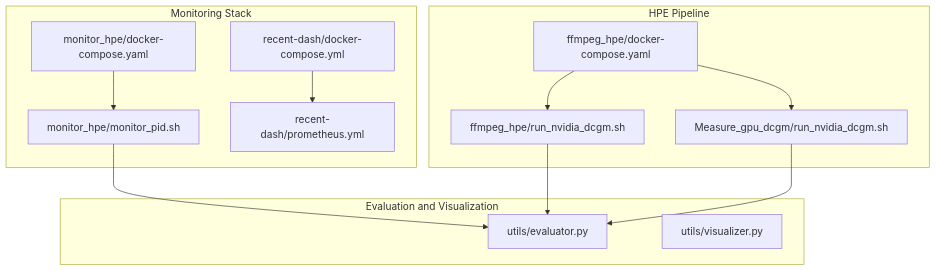
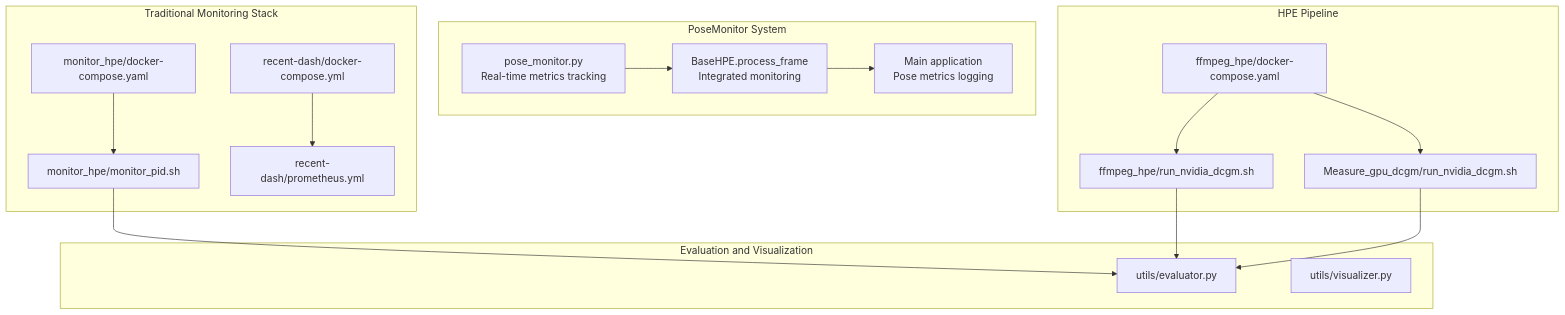
The first of 9 diagrams in .qoder/repowiki/en/content/Monitoring and Analytics/Monitoring and Analytics.md (Fogus-Gr/MeasurementsDTs), drawn with Mermaid before and after one commit. The commit also changed other lines of this file and 8 other files, not shown here.

````diff
--- a/.qoder/repowiki/en/content/Monitoring and Analytics/Monitoring and Analytics.md
+++ b/.qoder/repowiki/en/content/Monitoring and Analytics/Monitoring and Analytics.md
@@ -47,25 +62,32 @@
 ```mermaid
 graph TB
-subgraph "Monitoring Stack"
-A["monitor_hpe/monitor_pid.sh"]
-B["monitor_hpe/docker-compose.yaml"]
-C["recent-dash/prometheus.yml"]
-D["recent-dash/docker-compose.yml"]
+subgraph "PoseMonitor System"
+A["pose_monitor.py<br/>Real-time metrics tracking"]
+B["BaseHPE.process_frame<br/>Integrated monitoring"]
+C["Main application<br/>Pose metrics logging"]
+end
+subgraph "Traditional Monitoring Stack"
+D["monitor_hpe/monitor_pid.sh"]
+E["monitor_hpe/docker-compose.yaml"]
+F["recent-dash/prometheus.yml"]
+G["recent-dash/docker-compose.yml"]
 end
 subgraph "HPE Pipeline"
-E["ffmpeg_hpe/docker-compose.yaml"]
-F["ffmpeg_hpe/run_nvidia_dcgm.sh"]
-G["Measure_gpu_dcgm/run_nvidia_dcgm.sh"]
+H["ffmpeg_hpe/docker-compose.yaml"]
+I["ffmpeg_hpe/run_nvidia_dcgm.sh"]
+J["Measure_gpu_dcgm/run_nvidia_dcgm.sh"]
 end
 subgraph "Evaluation and Visualization"
-H["utils/evaluator.py"]
-I["utils/visualizer.py"]
+K["utils/evaluator.py"]
+L["utils/visualizer.py"]
 end
-B --> A
-D --> C
-E --> F
-E --> G
-A --> H
-F --> H
-G --> H
+A --> B
+B --> C
+E --> D
+G --> F
+H --> I
+H --> J
+D --> K
+I --> K
+J --> K
 ```
````
